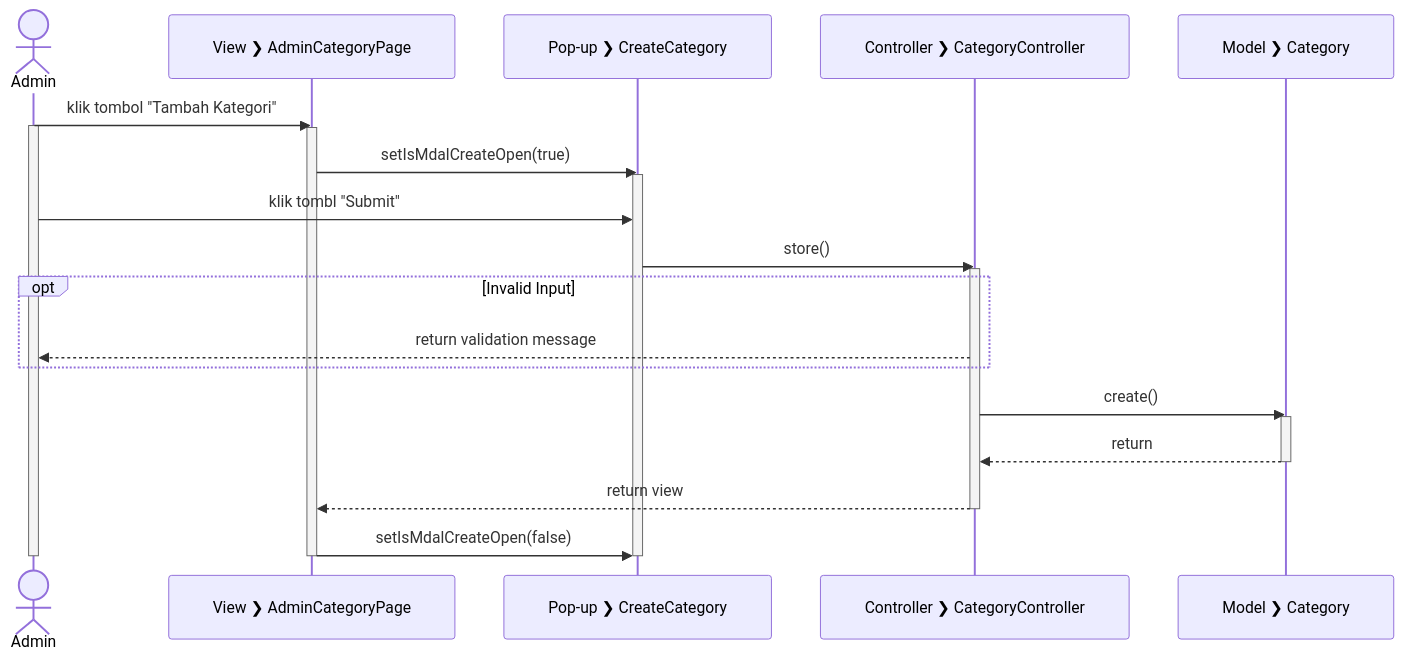
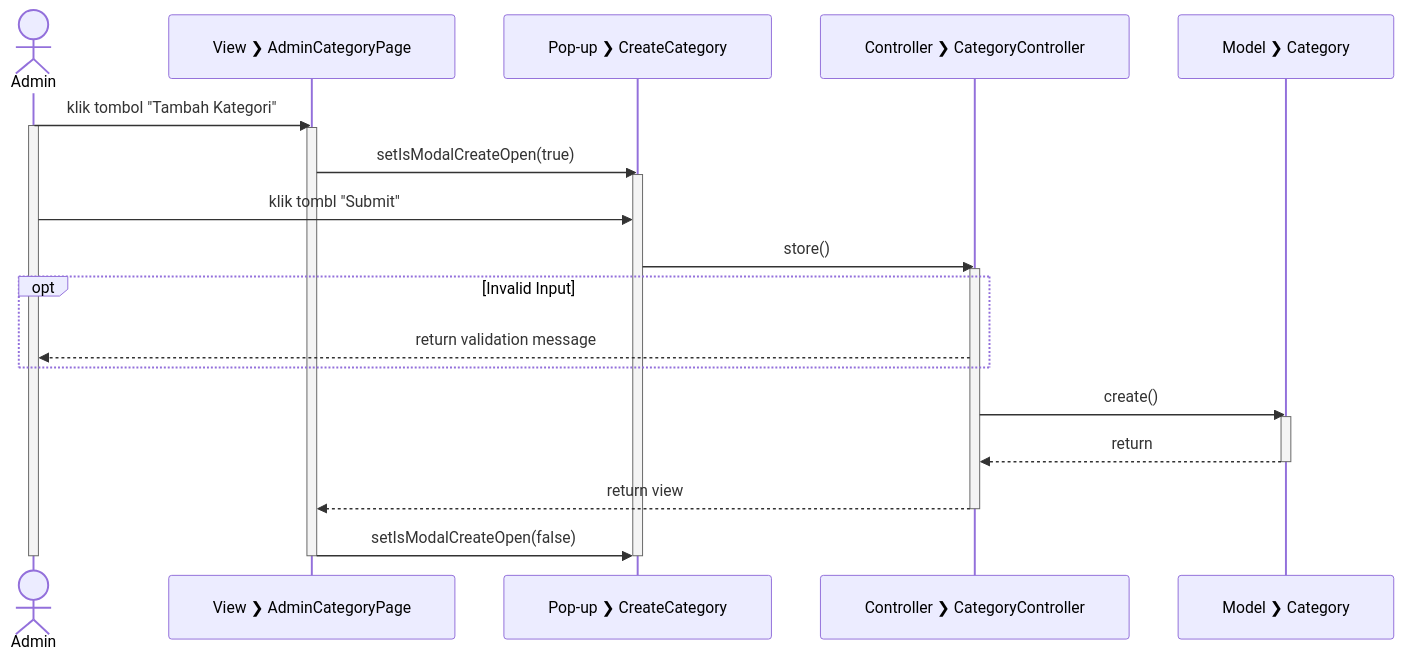
Before and after one commit to rizalgrandonk/salesprint-diagrams: the diagram in sequence/CreateAdminCategory.mmd, drawn with Mermaid. The commit also changed 11 other files, not shown here.

```diff
--- a/sequence/CreateAdminCategory.mmd
+++ b/sequence/CreateAdminCategory.mmd
@@ -1,44 +1,44 @@
 sequenceDiagram
   actor Admin
   participant V_ACP as View #10095; AdminCategoryPage
   participant P_CC as Pop-up #10095; CreateCategory
   participant C_CC as Controller #10095; CategoryController
   participant M_C as Model #10095; Category
 
   Admin->>V_ACP: klik tombol "Tambah Kategori"
   
   activate Admin
 
   activate V_ACP
 
-  V_ACP->>P_CC: setIsMdalCreateOpen(true)
+  V_ACP->>P_CC: setIsModalCreateOpen(true)
 
   activate P_CC
 
   Admin->>P_CC: klik tombl "Submit"
   P_CC->>C_CC: store()
 
   activate C_CC
 
   opt Invalid Input
     C_CC-->>Admin: return validation message
   end
 
   C_CC->>M_C: create()
   
   activate M_C
   
   M_C-->>C_CC: return
 
   deactivate M_C
 
   C_CC-->>V_ACP: return view
 
   deactivate C_CC
   
-  V_ACP->>P_CC: setIsMdalCreateOpen(false)
+  V_ACP->>P_CC: setIsModalCreateOpen(false)
 
   deactivate P_CC
   deactivate V_ACP
   
   deactivate Admin
```
